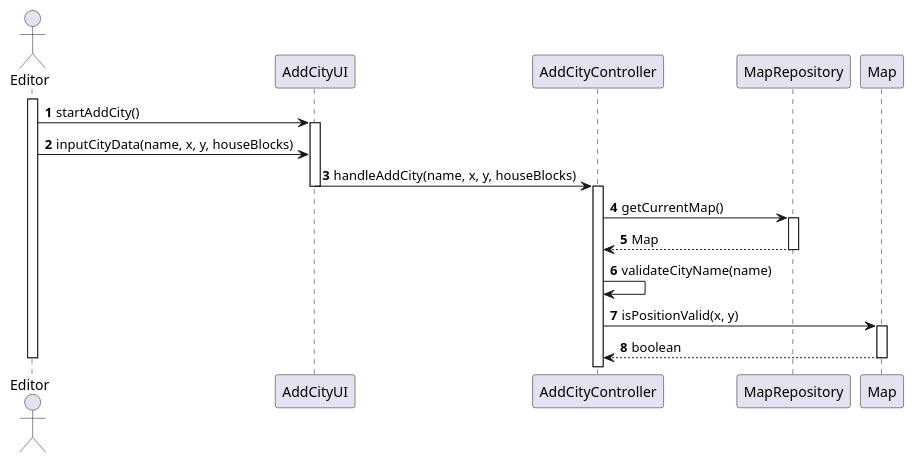
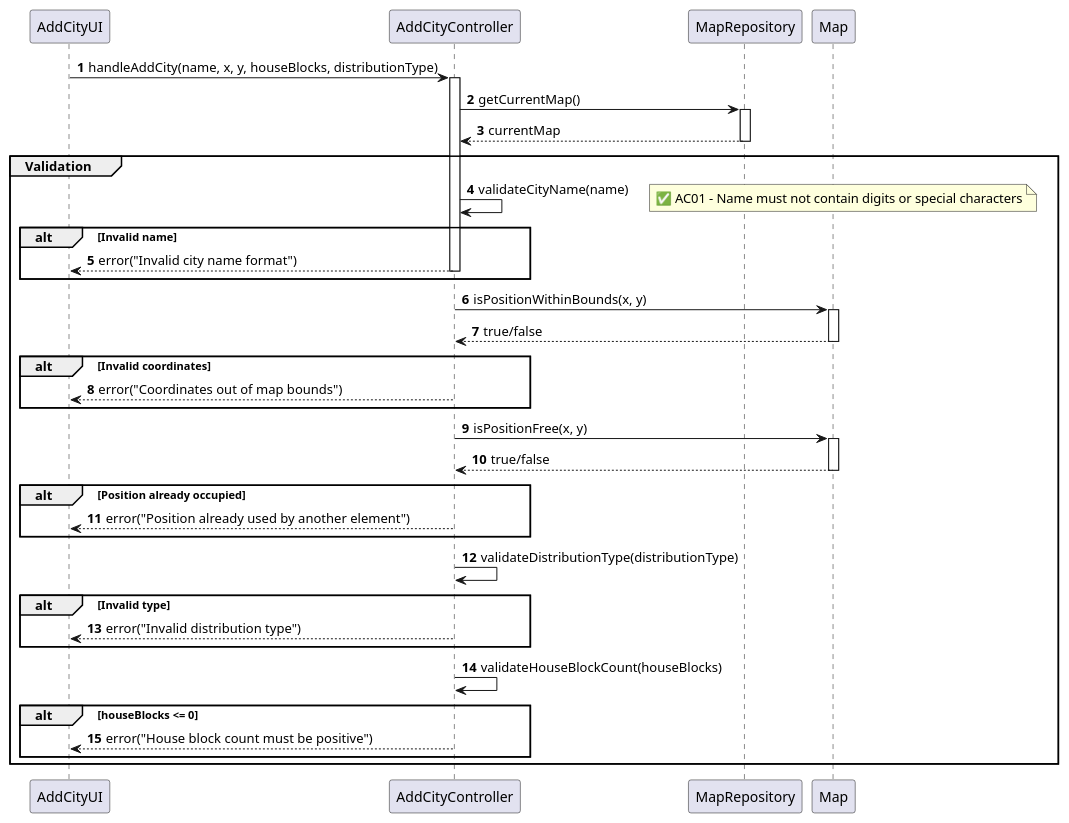
The diagram in Sprint2/US03/03.design.us03/puml/US03-SD-partial-input-validation-phase.puml (Andremonteiro1240850/railway_simulator), drawn with PlantUML before and after one commit. The commit also changed other lines of this file and 19 other files, not shown here.

```diff
--- a/Sprint2/US03/03.design.us03/puml/US03-SD-partial-input-validation-phase.puml
+++ b/Sprint2/US03/03.design.us03/puml/US03-SD-partial-input-validation-phase.puml
@@ -1,35 +1,80 @@
 @startuml
 'https://plantuml.com/sequence-diagram
 'skinparam monochrome true
 skinparam packageStyle rectangle
 skinparam shadowing false
 
 autonumber
 
 'hide footbox
 
-actor Editor
-activate Editor
 
-Editor -> AddCityUI : startAddCity()
-activate AddCityUI
+participant "AddCityUI" as UI
+participant AddCityController
+participant MapRepository
+participant Map
 
-Editor -> AddCityUI : inputCityData(name, x, y, houseBlocks)
+autonumber
 
-AddCityUI -> AddCityController : handleAddCity(name, x, y, houseBlocks)
-deactivate AddCityUI
+
+participant "AddCityUI" as UI
+participant AddCityController
+participant MapRepository
+participant Map
+
+autonumber
+
+UI -> AddCityController : handleAddCity(name, x, y, houseBlocks, distributionType)
 activate AddCityController
 
 AddCityController -> MapRepository : getCurrentMap()
 activate MapRepository
-MapRepository --> AddCityController : Map
+MapRepository --> AddCityController : currentMap
 deactivate MapRepository
 
-AddCityController -> AddCityController : validateCityName(name)
+group Validation
 
-AddCityController -> Map : isPositionValid(x, y)
-activate Map
-Map --> AddCityController : boolean
-deactivate Map
-deactivate Editor
+    AddCityController -> AddCityController : validateCityName(name)
+    note right : ✅ AC01 - Name must not contain digits or special characters
+    alt Invalid name
+        AddCityController --> UI : error("Invalid city name format")
+        deactivate AddCityController
+
+    end
+
+    AddCityController -> Map : isPositionWithinBounds(x, y)
+    activate Map
+    Map --> AddCityController : true/false
+    deactivate Map
+    alt Invalid coordinates
+        AddCityController --> UI : error("Coordinates out of map bounds")
+        deactivate AddCityController
+
+    end
+
+    AddCityController -> Map : isPositionFree(x, y)
+    activate Map
+    Map --> AddCityController : true/false
+    deactivate Map
+    alt Position already occupied
+        AddCityController --> UI : error("Position already used by another element")
+        deactivate AddCityController
+
+    end
+
+    AddCityController -> AddCityController : validateDistributionType(distributionType)
+    alt Invalid type
+        AddCityController --> UI : error("Invalid distribution type")
+        deactivate AddCityController
+
+    end
+
+    AddCityController -> AddCityController : validateHouseBlockCount(houseBlocks)
+    alt houseBlocks <= 0
+        AddCityController --> UI : error("House block count must be positive")
+        deactivate AddCityController
+
+    end
+
+end group
 @enduml
```
